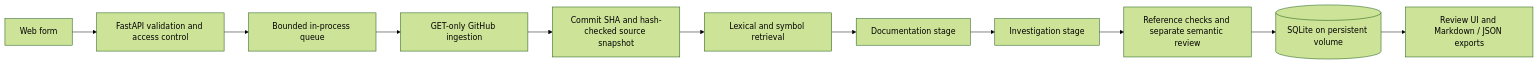
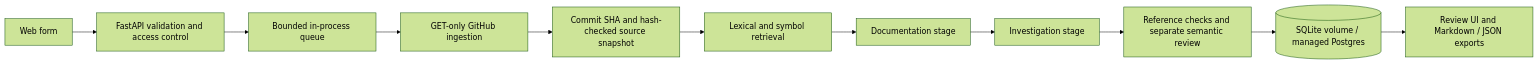
Before and after one commit to manenim/repository-investigation-agent: the diagram in README.md, drawn with Mermaid (forest theme). The commit also changed other lines of this file and 19 other files, not shown here.

````diff
--- a/README.md
+++ b/README.md
@@ -29,13 +33,13 @@
 ```mermaid
 flowchart LR
   UI[Web form] --> API[FastAPI validation and access control]
   API --> Q[Bounded in-process queue]
   Q --> GH[GET-only GitHub ingestion]
   GH --> SHA[Commit SHA and hash-checked source snapshot]
   SHA --> R[Lexical and symbol retrieval]
   R --> D[Documentation stage]
   D --> I[Investigation stage]
   I --> V[Reference checks and separate semantic review]
-  V --> DB[(SQLite on persistent volume)]
+  V --> DB[(SQLite volume / managed Postgres)]
   DB --> OUT[Review UI and Markdown / JSON exports]
 ```
````
